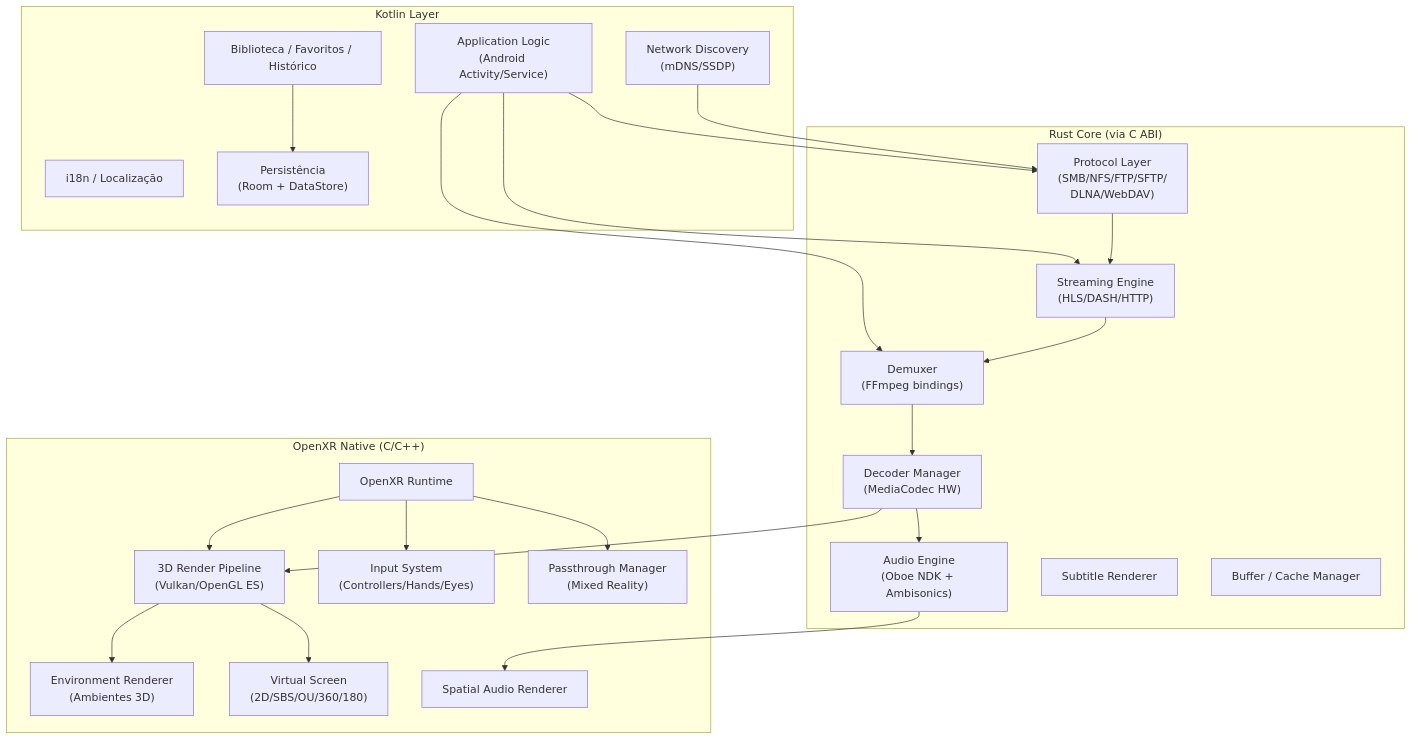
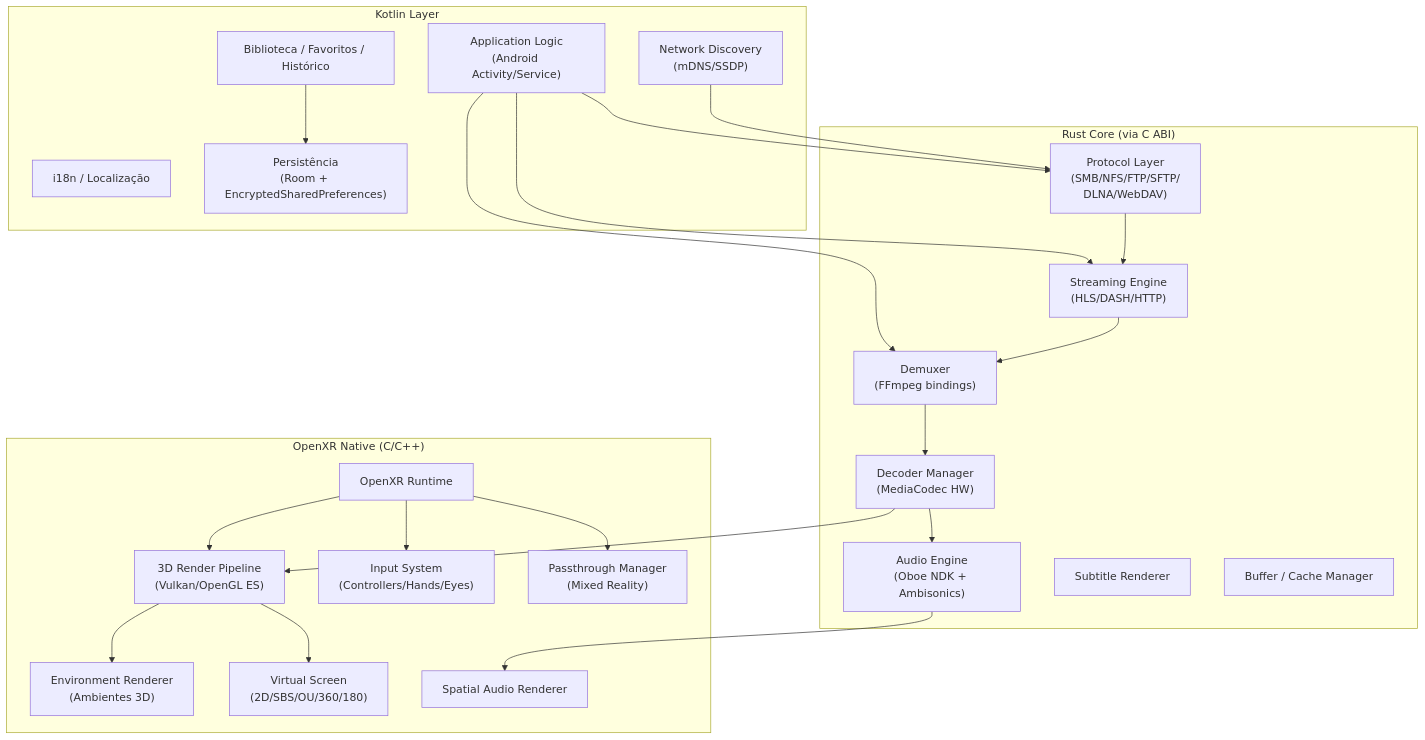
One commit to BGLuis/tucaVR changed the diagram in docs/REQUIREMENTS.md. Above: the diagram before and after it, drawn with Mermaid. The commit also changed other lines of this file and 48 other files, not shown here.

Commit message:
docs: purge docs/reports references and update roadmap and phase statuses (resolves #20, #26, #27)

````diff
--- a/docs/REQUIREMENTS.md
+++ b/docs/REQUIREMENTS.md
@@ -25,47 +25,47 @@
 ```mermaid
 graph TB
     subgraph "Kotlin Layer"
         APP["Application Logic<br/>(Android Activity/Service)"]
         I18N["i18n / Localização"]
-        PERSIST["Persistência<br/>(Room + DataStore)"]
+        PERSIST["Persistência<br/>(Room + EncryptedSharedPreferences)"]
         NET_DISC["Network Discovery<br/>(mDNS/SSDP)"]
         LIB["Biblioteca / Favoritos / Histórico"]
     end
 
     subgraph "Rust Core (via C ABI)"
         DEMUX["Demuxer<br/>(FFmpeg bindings)"]
         DECODE["Decoder Manager<br/>(MediaCodec HW)"]
         AUDIO["Audio Engine<br/>(Oboe NDK + Ambisonics)"]
         STREAM["Streaming Engine<br/>(HLS/DASH/HTTP)"]
         PROTO["Protocol Layer<br/>(SMB/NFS/FTP/SFTP/<br/>DLNA/WebDAV)"]
         SUBS["Subtitle Renderer"]
         CACHE["Buffer / Cache Manager"]
     end
 
     subgraph "OpenXR Native (C/C++)"
         XR["OpenXR Runtime"]
         RENDER["3D Render Pipeline<br/>(Vulkan/OpenGL ES)"]
         ENV["Environment Renderer<br/>(Ambientes 3D)"]
         SCREEN["Virtual Screen<br/>(2D/SBS/OU/360/180)"]
         INPUT["Input System<br/>(Controllers/Hands/Eyes)"]
         SPATIAL["Spatial Audio Renderer"]
         PASS["Passthrough Manager<br/>(Mixed Reality)"]
     end
 
     APP --> DEMUX
     APP --> STREAM
     APP --> PROTO
     NET_DISC --> PROTO
     DEMUX --> DECODE
     DECODE --> RENDER
     DECODE --> AUDIO
     AUDIO --> SPATIAL
     STREAM --> DEMUX
     PROTO --> STREAM
     XR --> RENDER
     XR --> INPUT
     XR --> PASS
     RENDER --> ENV
     RENDER --> SCREEN
     LIB --> PERSIST
 ```
````
